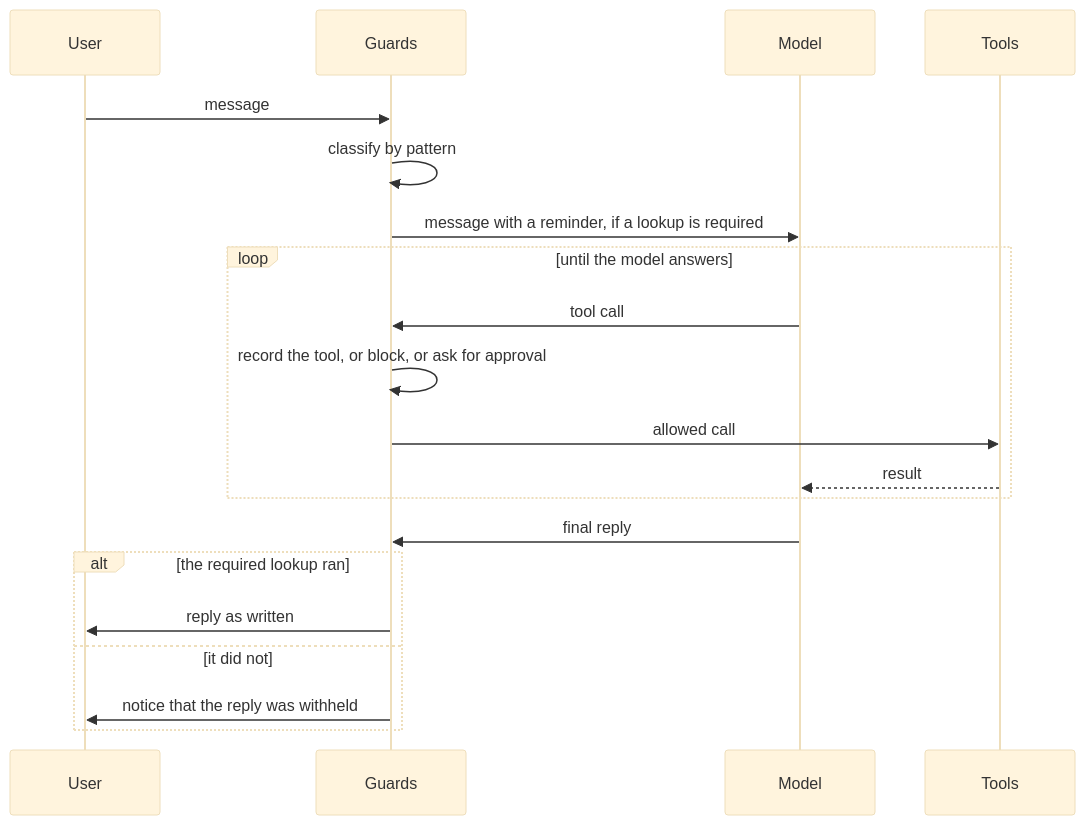
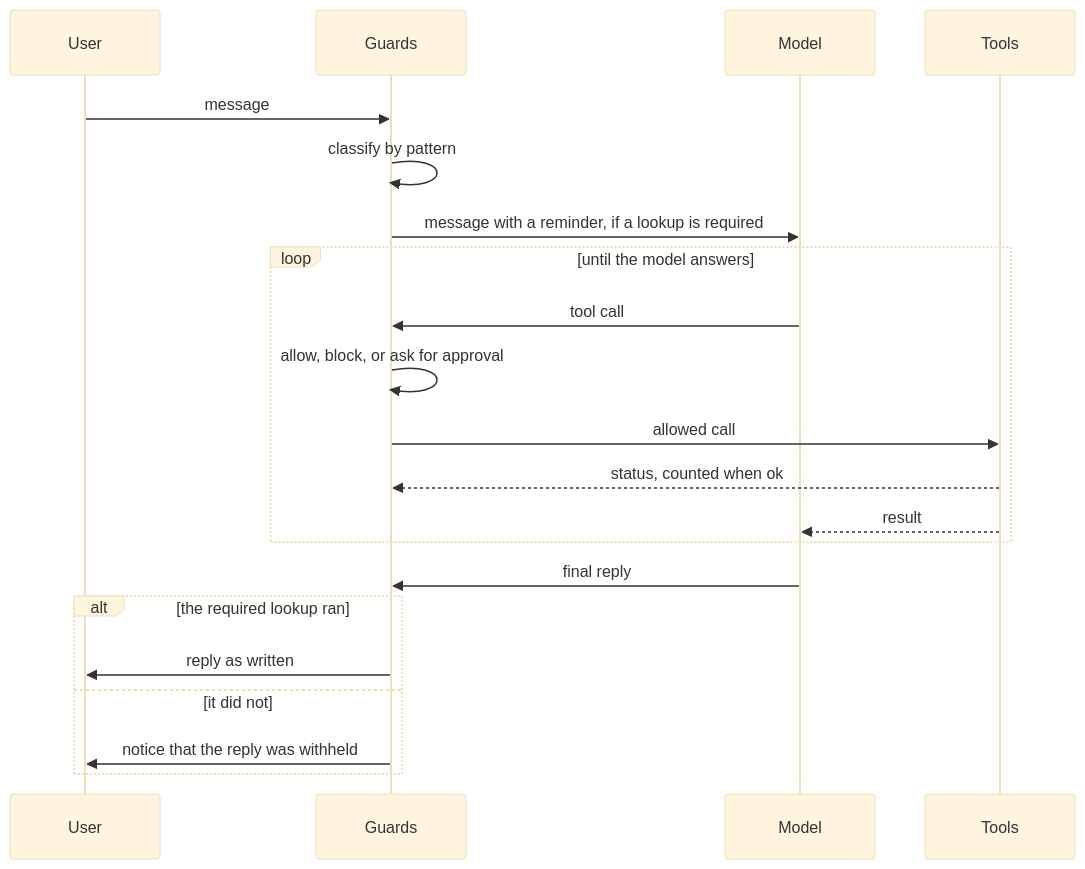
One commit to andrewalhaj/Custom-Hermes-Agent-Final changed the second of 2 diagrams in ARCHITECTURE.md. Above: the diagram before and after it, drawn with Mermaid (base theme). The commit also changed other lines of this file and 2 other files, not shown here.

Commit message:
docs: record the maintainer's decisions on the open design issues (#32)

````diff
--- a/ARCHITECTURE.md
+++ b/ARCHITECTURE.md
@@ -374,22 +376,23 @@
 ```mermaid
 sequenceDiagram
     participant U as User
     participant G as Guards
     participant M as Model
     participant T as Tools
     U->>G: message
     G->>G: classify by pattern
     G->>M: message with a reminder, if a lookup is required
     loop until the model answers
         M->>G: tool call
-        G->>G: record the tool, or block, or ask for approval
+        G->>G: allow, block, or ask for approval
         G->>T: allowed call
+        T-->>G: status, counted when ok
         T-->>M: result
     end
     M->>G: final reply
     alt the required lookup ran
         G->>U: reply as written
     else it did not
         G->>U: notice that the reply was withheld
     end
 ```
````
